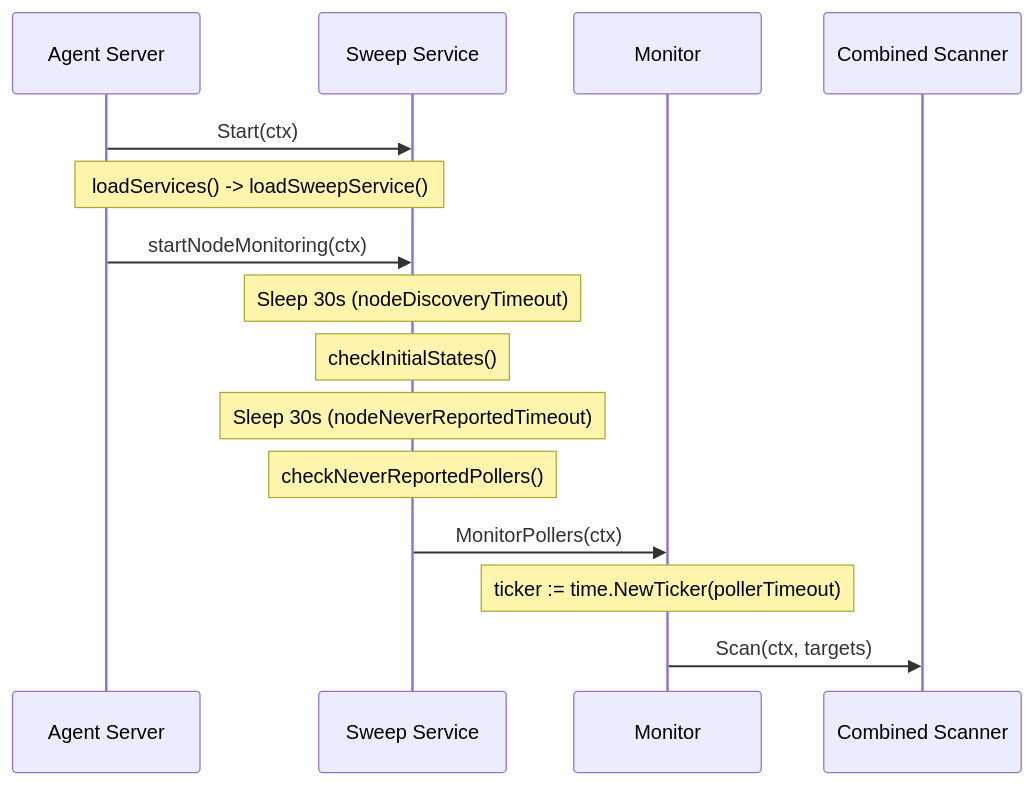
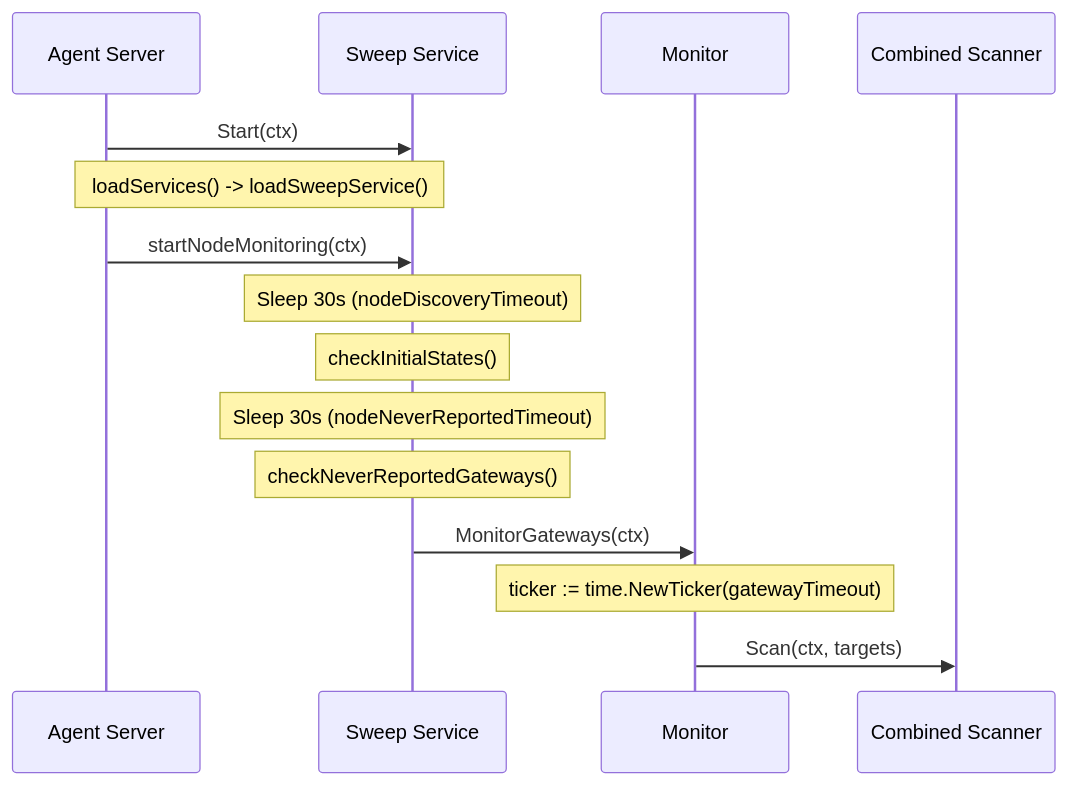
Before and after one commit to carverauto/serviceradar: the diagram in cmd/agent/README.md, drawn with Mermaid. The commit also changed 3267 other files, not shown here.

````diff
--- a/cmd/agent/README.md
+++ b/cmd/agent/README.md
@@ -5,20 +5,20 @@
 ```mermaid
 sequenceDiagram
     participant A as Agent Server
     participant S as Sweep Service
     participant M as Monitor
     participant CS as Combined Scanner
 
     A->>S: Start(ctx)
     Note over A,S: loadServices() -> loadSweepService()
     
     A->>S: startNodeMonitoring(ctx)
     Note over S: Sleep 30s (nodeDiscoveryTimeout)
     Note over S: checkInitialStates()
     Note over S: Sleep 30s (nodeNeverReportedTimeout)
-    Note over S: checkNeverReportedPollers()
+    Note over S: checkNeverReportedGateways()
     
-    S->>M: MonitorPollers(ctx)
-    Note over M: ticker := time.NewTicker(pollerTimeout)
+    S->>M: MonitorGateways(ctx)
+    Note over M: ticker := time.NewTicker(gatewayTimeout)
     M->>CS: Scan(ctx, targets)
 ```
````
